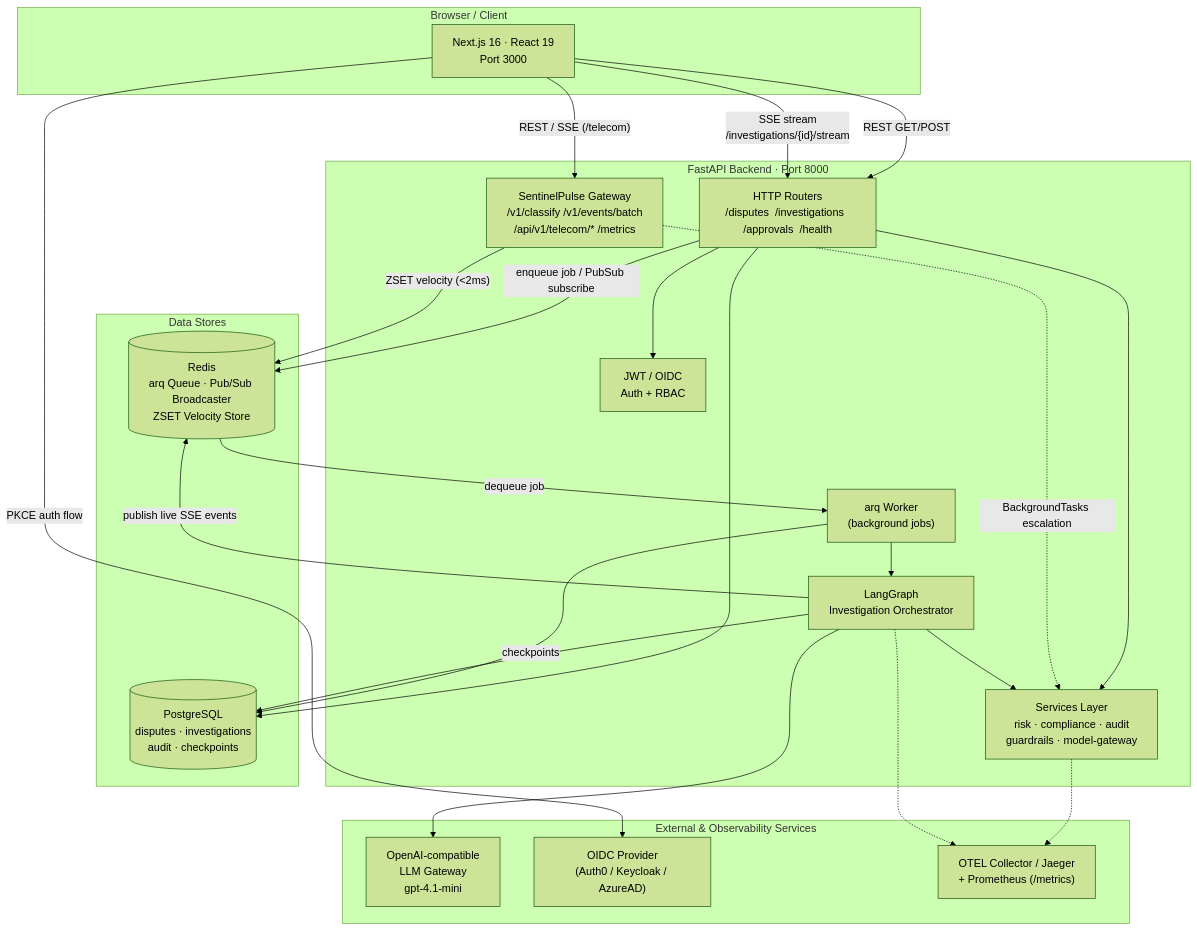
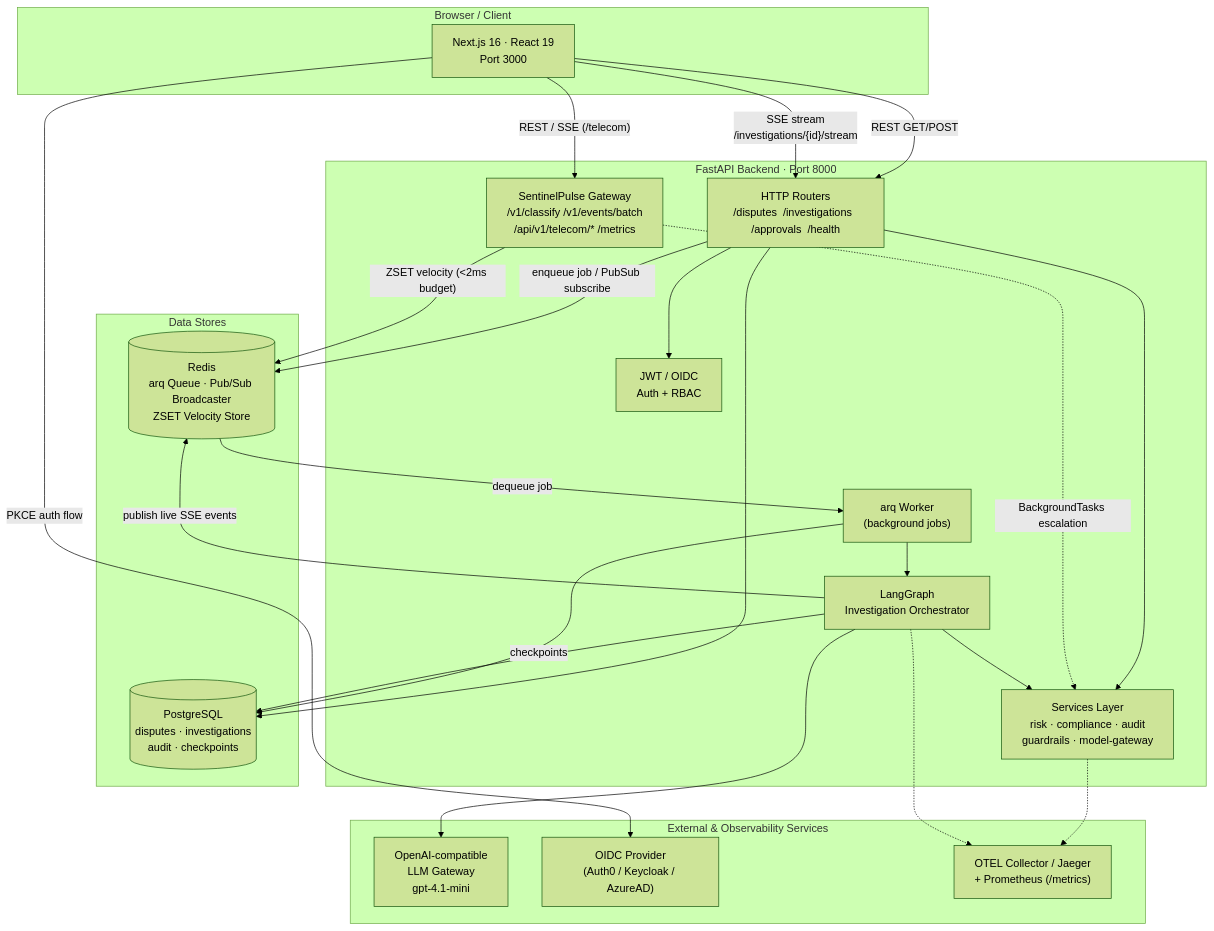
One commit to thiago-terceiro/sentinelflow changed the first of 10 diagrams in docs/architecture.md. Above: the diagram before and after it, drawn with Mermaid (forest theme). The commit also changed other lines of this file and 19 other files, not shown here.

````diff
--- a/docs/architecture.md
+++ b/docs/architecture.md
@@ -12,55 +12,55 @@
 ```mermaid
 graph TB
     subgraph CLIENT["Browser / Client"]
         FE["Next.js 16 · React 19<br/>Port 3000"]
     end
 
     subgraph BACKEND["FastAPI Backend · Port 8000"]
         API["HTTP Routers<br/>/disputes  /investigations  /approvals  /health"]
         PULSE["SentinelPulse Gateway<br/>/v1/classify  /v1/events/batch<br/>/api/v1/telecom/*  /metrics"]
         SEC["JWT / OIDC<br/>Auth + RBAC"]
         SVC["Services Layer<br/>risk · compliance · audit<br/>guardrails · model-gateway"]
         GRAPH["LangGraph<br/>Investigation Orchestrator"]
         WORKER["arq Worker<br/>(background jobs)"]
     end
 
     subgraph STORES["Data Stores"]
         PG[("PostgreSQL<br/>disputes · investigations<br/>audit · checkpoints")]
         REDIS[("Redis<br/>arq Queue · Pub/Sub Broadcaster<br/>ZSET Velocity Store")]
     end
 
     subgraph EXTERNAL["External & Observability Services"]
         LLM["OpenAI-compatible<br/>LLM Gateway<br/>gpt-4.1-mini"]
         OIDC["OIDC Provider<br/>(Auth0 / Keycloak / AzureAD)"]
         OTEL["OTEL Collector / Jaeger<br/>+ Prometheus (/metrics)"]
     end
 
     %% FE → Backend
     FE -- "REST  GET/POST" --> API
     FE -- "REST / SSE (/telecom)" --> PULSE
     FE -- "SSE stream<br/>/investigations/{id}/stream" --> API
     FE -- "PKCE auth flow" --> OIDC
 
     %% API internals
     API --> SEC
     API --> SVC
     API --> PG
     API -- "enqueue job / PubSub subscribe" --> REDIS
-    PULSE -- "ZSET velocity (<2ms)" --> REDIS
+    PULSE -- "ZSET velocity (<2ms budget)" --> REDIS
     PULSE -. "BackgroundTasks escalation" .-> SVC
 
     %% Worker
     REDIS -- "dequeue job" --> WORKER
     WORKER --> GRAPH
     WORKER --> PG
     GRAPH -- "publish live SSE events" --> REDIS
 
     %% Graph
     GRAPH --> SVC
     GRAPH --> LLM
     GRAPH -- "checkpoints" --> PG
 
     %% Telemetry
     SVC -.-> OTEL
     GRAPH -.-> OTEL
 ```
````
